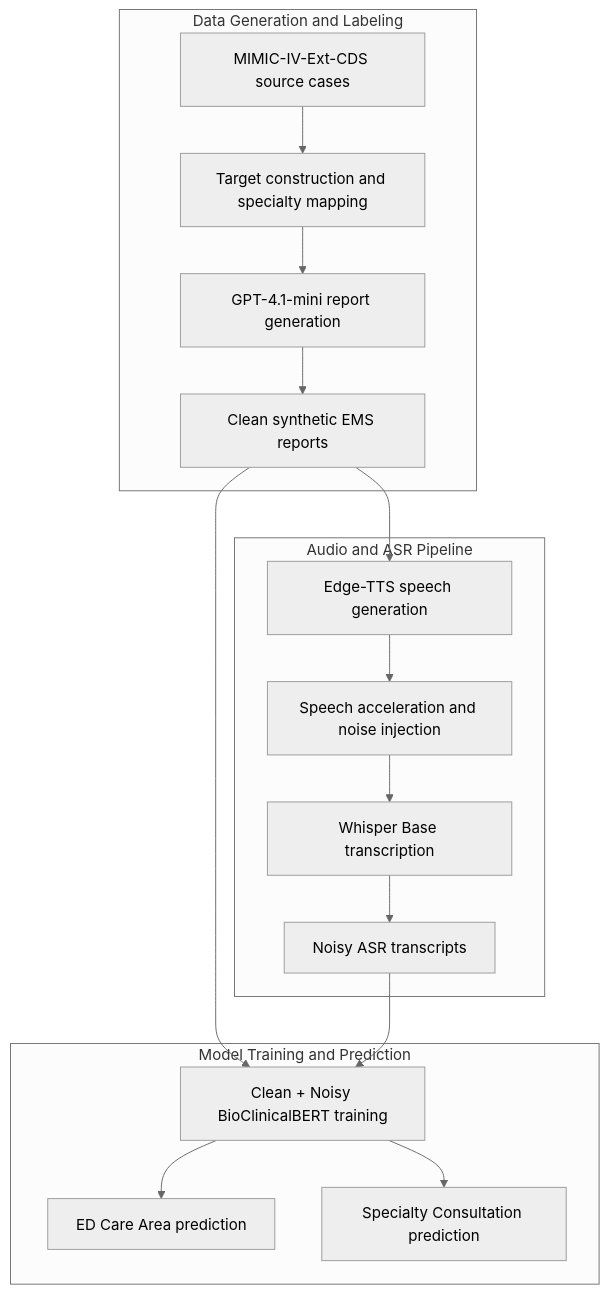
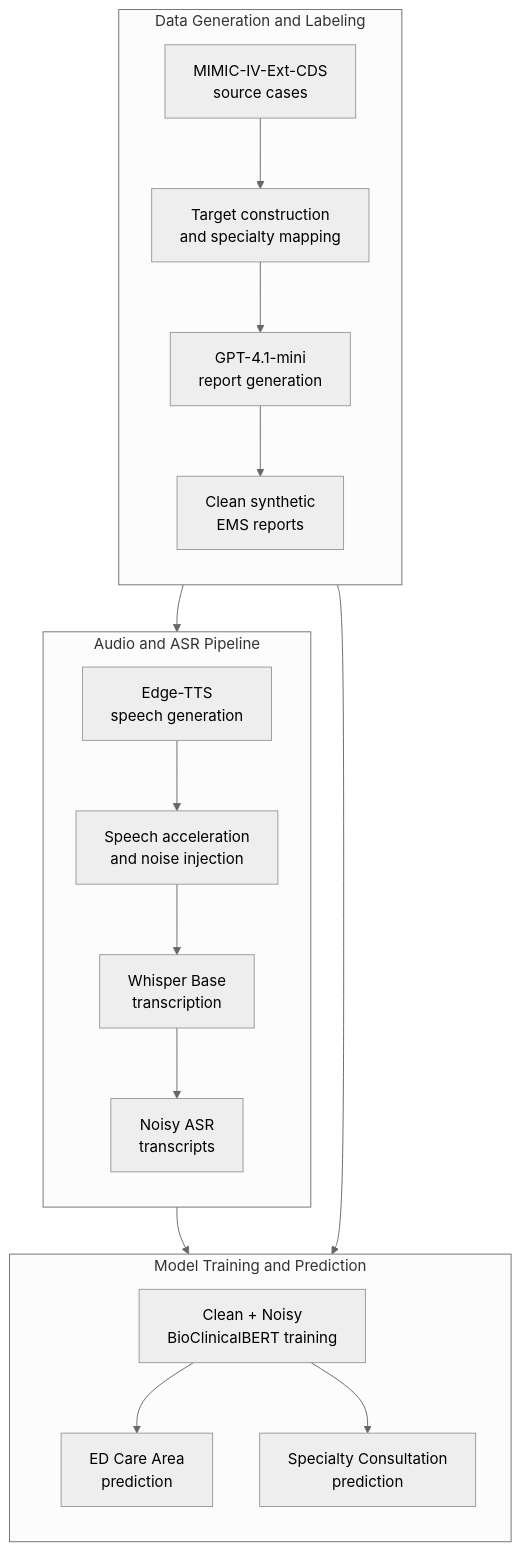
Before and after one commit to nofarGIT1/medalert-llm-ems-voice-ed-classification: the diagram in README.md, drawn with Mermaid (neutral theme). The commit also changed other lines of this file, not shown here.

Commit message:
Improve flowchart formatting in README.md
Updated flowchart labels in README.md to include HTML line breaks for better formatting.

````diff
--- a/README.md
+++ b/README.md
@@ -118,34 +118,37 @@
 ```mermaid
 flowchart TB
 
-    subgraph A[Data Generation and Labeling]
-        A1[MIMIC-IV-Ext-CDS source cases]
-        A2[Target construction and specialty mapping]
-        A3[GPT-4.1-mini report generation]
-        A4[Clean synthetic EMS reports]
+    subgraph A["Data Generation and Labeling"]
+        direction TB
+        A1["MIMIC-IV-Ext-CDS<br/>source cases"]
+        A2["Target construction<br/>and specialty mapping"]
+        A3["GPT-4.1-mini<br/>report generation"]
+        A4["Clean synthetic<br/>EMS reports"]
 
         A1 --> A2 --> A3 --> A4
     end
 
-    subgraph B[Audio and ASR Pipeline]
-        B1[Edge-TTS speech generation]
-        B2[Speech acceleration and noise injection]
-        B3[Whisper Base transcription]
-        B4[Noisy ASR transcripts]
+    subgraph B["Audio and ASR Pipeline"]
+        direction TB
+        B1["Edge-TTS<br/>speech generation"]
+        B2["Speech acceleration<br/>and noise injection"]
+        B3["Whisper Base<br/>transcription"]
+        B4["Noisy ASR<br/>transcripts"]
 
         B1 --> B2 --> B3 --> B4
     end
 
-    subgraph C[Model Training and Prediction]
-        C1[Clean + Noisy BioClinicalBERT training]
-        C2[ED Care Area prediction]
-        C3[Specialty Consultation prediction]
+    subgraph C["Model Training and Prediction"]
+        direction TB
+        C1["Clean + Noisy<br/>BioClinicalBERT training"]
+        C2["ED Care Area<br/>prediction"]
+        C3["Specialty Consultation<br/>prediction"]
 
         C1 --> C2
         C1 --> C3
     end
 
     A4 --> B1
     A4 --> C1
     B4 --> C1
 ```
````
